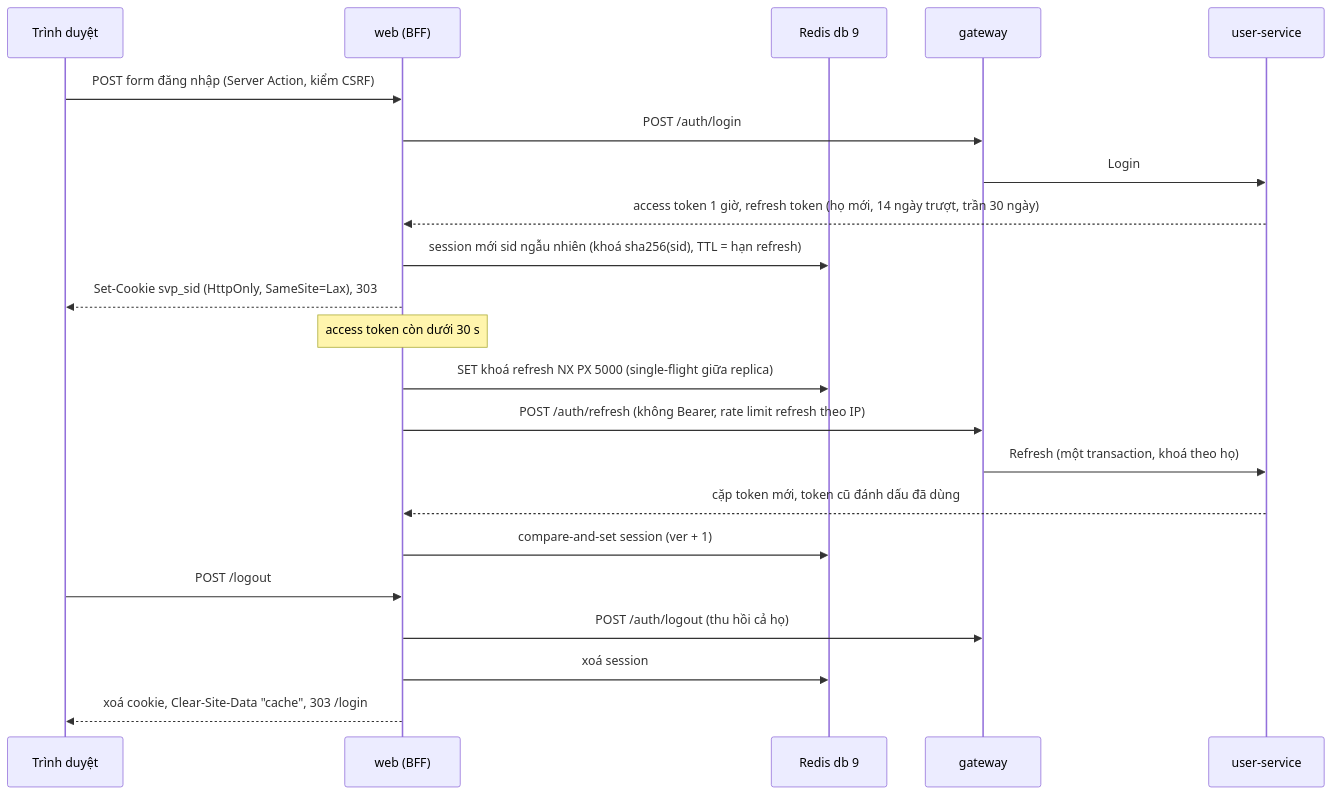
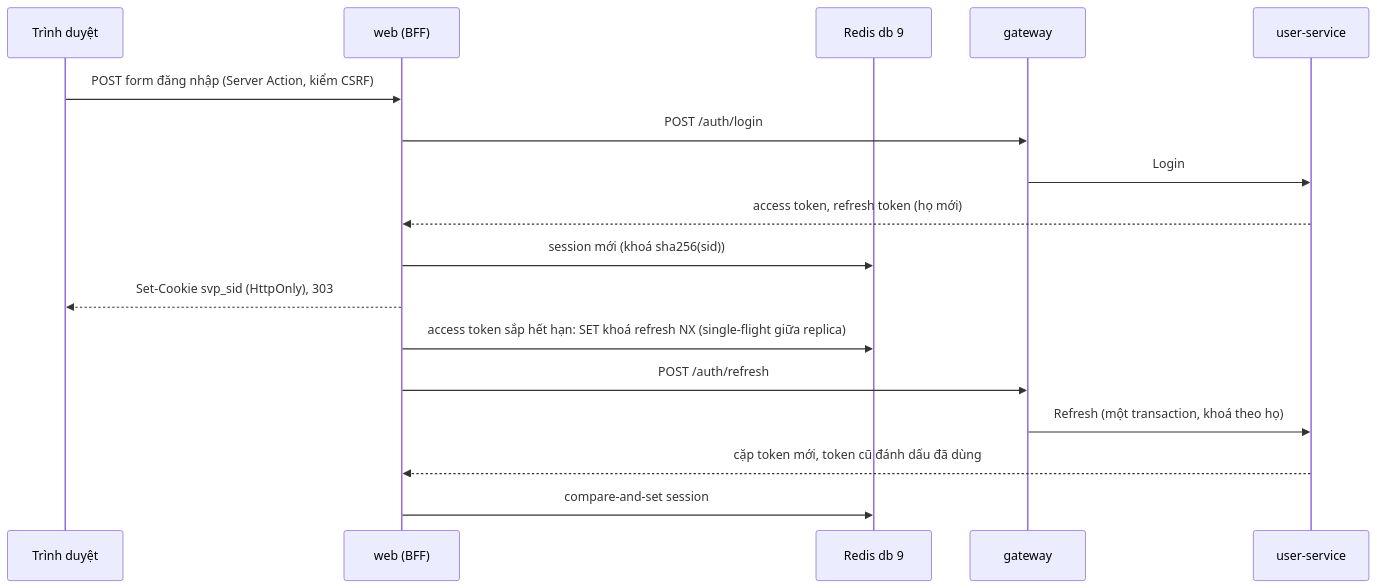
Before and after one commit to anhnvcoder/svp-backend: the fourth of 4 diagrams in docs/architecture.md, drawn with Mermaid. The commit also changed other lines of this file and 133 other files, not shown here.

````diff
--- a/docs/architecture.md
+++ b/docs/architecture.md
@@ -960,24 +232,19 @@
 ```mermaid
 sequenceDiagram
     participant B as Trình duyệt
     participant W as web (BFF)
     participant R as Redis db 9
     participant G as gateway
     participant U as user-service
     B->>W: POST form đăng nhập (Server Action, kiểm CSRF)
     W->>G: POST /auth/login
     G->>U: Login
-    U-->>W: access token 1 giờ, refresh token (họ mới, 14 ngày trượt, trần 30 ngày)
-    W->>R: session mới sid ngẫu nhiên (khoá sha256(sid), TTL = hạn refresh)
-    W-->>B: Set-Cookie svp_sid (HttpOnly, SameSite=Lax), 303
-    Note over W: access token còn dưới 30 s
-    W->>R: SET khoá refresh NX PX 5000 (single-flight giữa replica)
-    W->>G: POST /auth/refresh (không Bearer, rate limit refresh theo IP)
+    U-->>W: access token, refresh token (họ mới)
+    W->>R: session mới (khoá sha256(sid))
+    W-->>B: Set-Cookie svp_sid (HttpOnly), 303
+    W->>R: access token sắp hết hạn: SET khoá refresh NX (single-flight giữa replica)
+    W->>G: POST /auth/refresh
     G->>U: Refresh (một transaction, khoá theo họ)
     U-->>W: cặp token mới, token cũ đánh dấu đã dùng
-    W->>R: compare-and-set session (ver + 1)
-    B->>W: POST /logout
-    W->>G: POST /auth/logout (thu hồi cả họ)
-    W->>R: xoá session
-    W-->>B: xoá cookie, Clear-Site-Data "cache", 303 /login
+    W->>R: compare-and-set session
 ```
````
